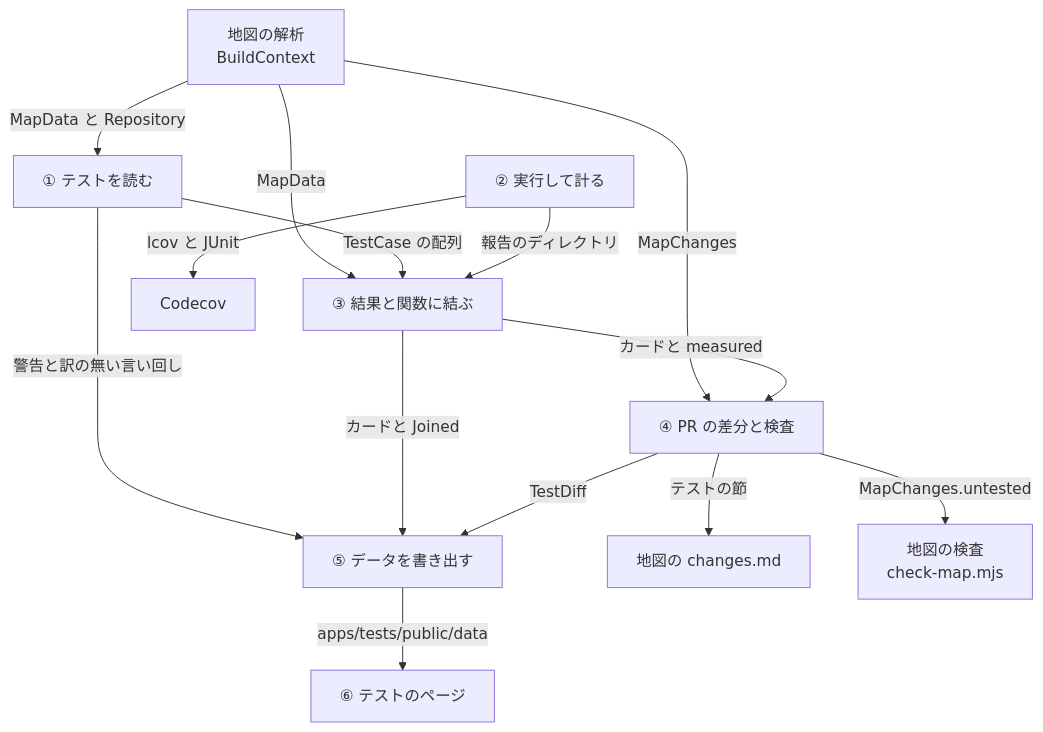
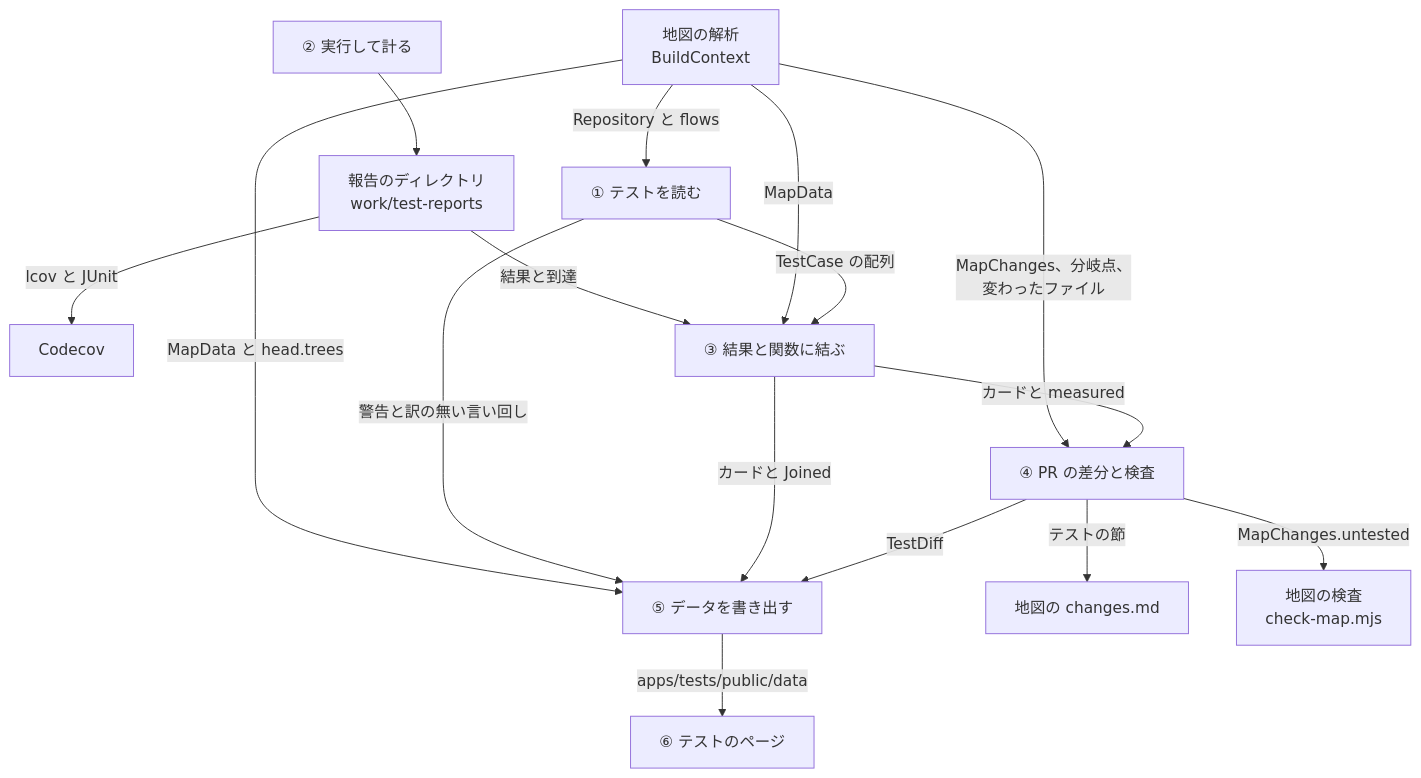
Before and after one commit to maronnjapan/maronn-openid-connect: the third of 7 diagrams in apps/tests/docs/README.md, drawn with Mermaid. The commit also changed other lines of this file and 11 other files, not shown here.

````diff
--- a/apps/tests/docs/README.md
+++ b/apps/tests/docs/README.md
@@ -202,26 +216,29 @@
 ```mermaid
 flowchart TB
   MAP["地図の解析<br/>BuildContext"]
+  P2["② 実行して計る"]
+  RD["報告のディレクトリ<br/>work/test-reports"]
+  COV["Codecov"]
   P1["① テストを読む"]
-  P2["② 実行して計る"]
   P3["③ 結果と関数に結ぶ"]
   P4["④ PR の差分と検査"]
   P5["⑤ データを書き出す"]
   P6["⑥ テストのページ"]
   MD["地図の changes.md"]
   CHK["地図の検査<br/>check-map.mjs"]
-  COV["Codecov"]
-  MAP -- "MapData と Repository" --> P1
+  P2 --> RD
+  RD -- "lcov と JUnit" --> COV
+  RD -- "結果と到達" --> P3
+  MAP -- "Repository と flows" --> P1
   MAP -- "MapData" --> P3
-  MAP -- "MapChanges" --> P4
+  MAP -- "MapChanges、分岐点、<br/>変わったファイル" --> P4
+  MAP -- "MapData と head.trees" --> P5
   P1 -- "TestCase の配列" --> P3
   P1 -- "警告と訳の無い言い回し" --> P5
-  P2 -- "報告のディレクトリ" --> P3
-  P2 -- "lcov と JUnit" --> COV
   P3 -- "カードと measured" --> P4
   P3 -- "カードと Joined" --> P5
   P4 -- "TestDiff" --> P5
   P4 -- "テストの節" --> MD
   P4 -- "MapChanges.untested" --> CHK
   P5 -- "apps/tests/public/data" --> P6
 ```
````
